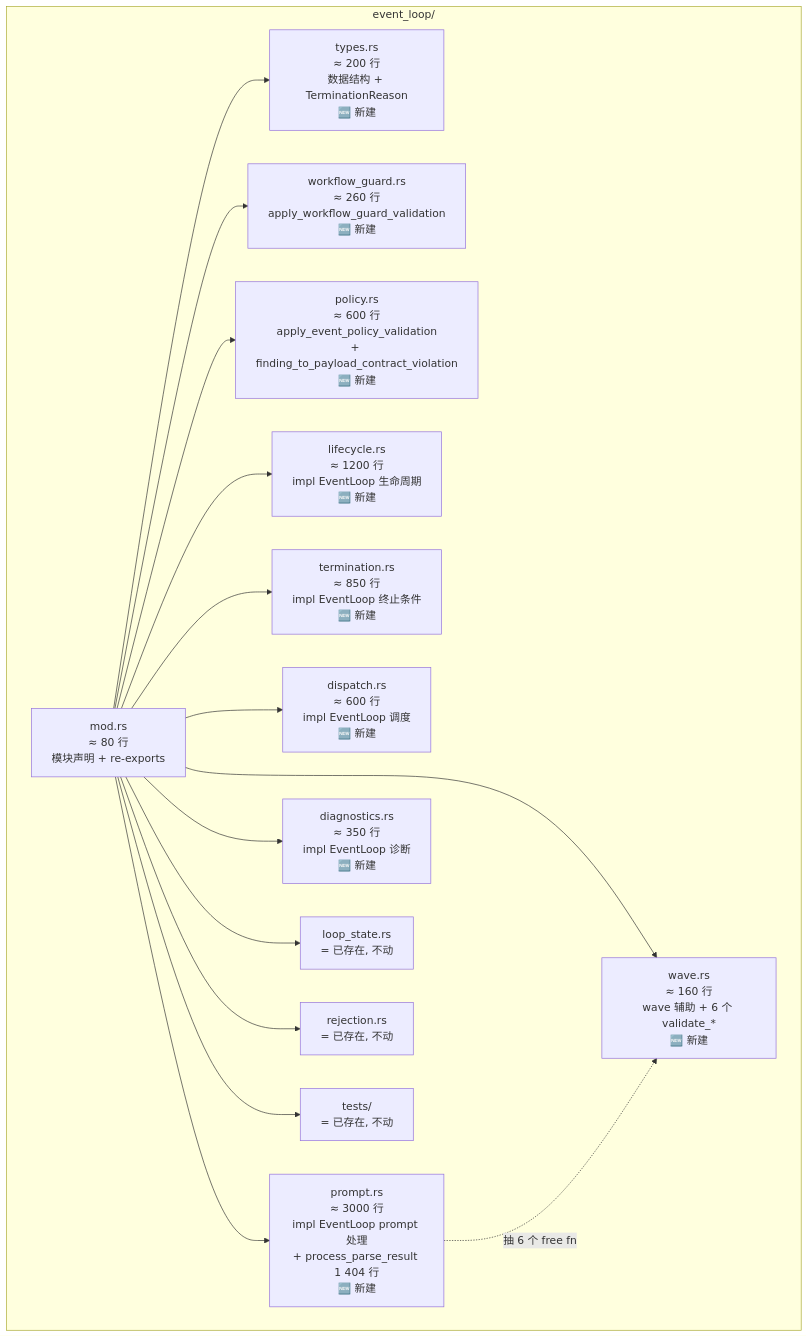
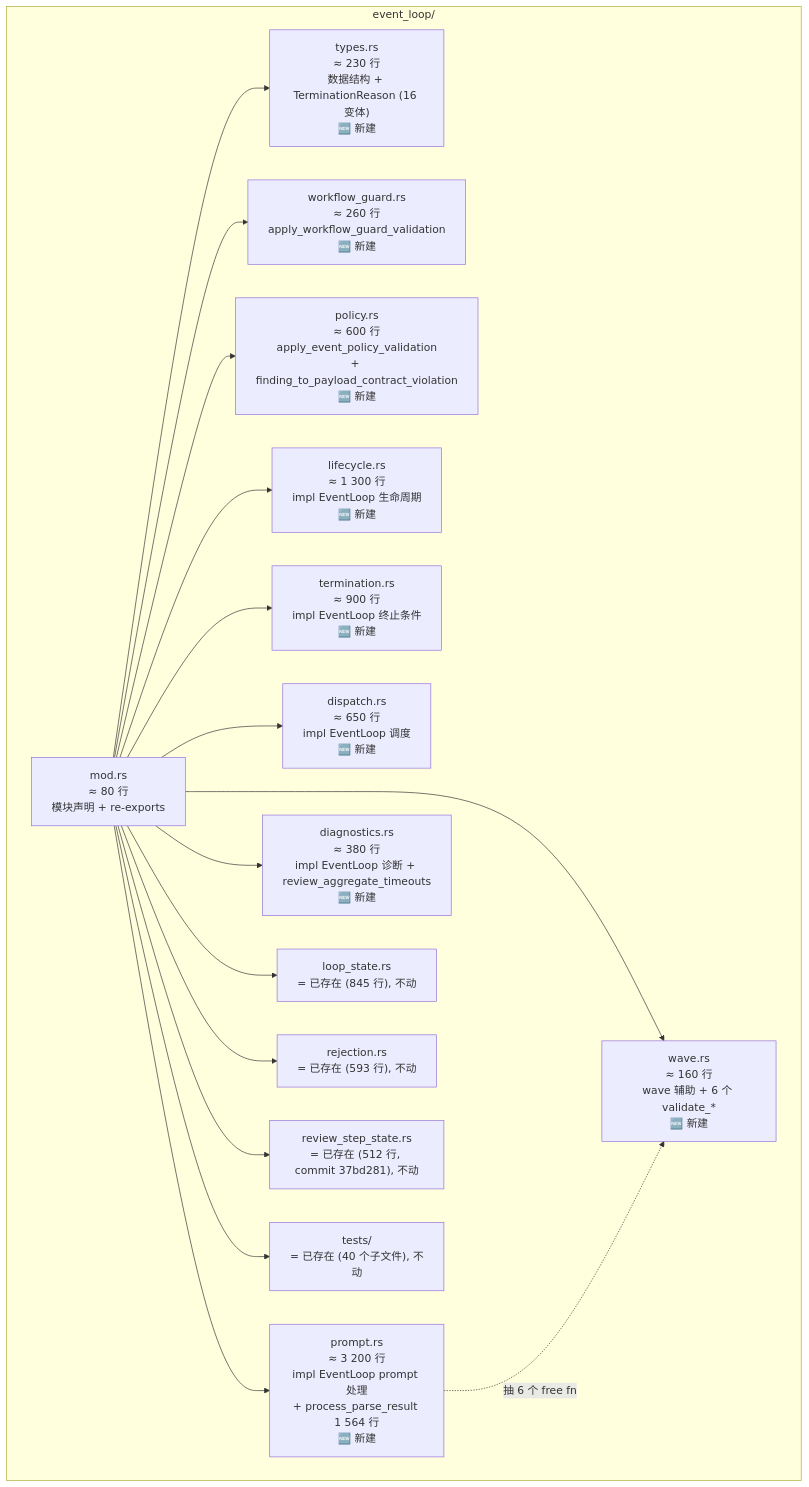
Before and after one commit to pittcat/ralph-orchestrator: the first of 3 diagrams in docs/plans/2026-06-10-003-refactor-event-loop-and-loop-runner-tests-split-plan.md, drawn with Mermaid. The commit also changed other lines of this file, not shown here.

First line of the commit message:
docs(plan): 刷新 event_loop/loop_runner tests 拆分计划基线至 commit 37bd281

````diff
--- a/docs/plans/2026-06-10-003-refactor-event-loop-and-loop-runner-tests-split-plan.md
+++ b/docs/plans/2026-06-10-003-refactor-event-loop-and-loop-runner-tests-split-plan.md
@@ -93,31 +95,33 @@
 ```mermaid
 flowchart TB
   subgraph event_loop["event_loop/"]
     mod_rs["mod.rs<br/>≈ 80 行<br/>模块声明 + re-exports"]
-    types["types.rs<br/>≈ 200 行<br/>数据结构 + TerminationReason<br/>🆕 新建"]
+    types["types.rs<br/>≈ 230 行<br/>数据结构 + TerminationReason (16 变体)<br/>🆕 新建"]
     workflow["workflow_guard.rs<br/>≈ 260 行<br/>apply_workflow_guard_validation<br/>🆕 新建"]
     policy["policy.rs<br/>≈ 600 行<br/>apply_event_policy_validation<br/>+ finding_to_payload_contract_violation<br/>🆕 新建"]
-    lifecycle["lifecycle.rs<br/>≈ 1200 行<br/>impl EventLoop 生命周期<br/>🆕 新建"]
-    termination["termination.rs<br/>≈ 850 行<br/>impl EventLoop 终止条件<br/>🆕 新建"]
-    dispatch["dispatch.rs<br/>≈ 600 行<br/>impl EventLoop 调度<br/>🆕 新建"]
-    prompt["prompt.rs<br/>≈ 3000 行<br/>impl EventLoop prompt 处理<br/>+ process_parse_result 1 404 行<br/>🆕 新建"]
-    diagnostics["diagnostics.rs<br/>≈ 350 行<br/>impl EventLoop 诊断<br/>🆕 新建"]
+    lifecycle["lifecycle.rs<br/>≈ 1 300 行<br/>impl EventLoop 生命周期<br/>🆕 新建"]
+    termination["termination.rs<br/>≈ 900 行<br/>impl EventLoop 终止条件<br/>🆕 新建"]
+    dispatch["dispatch.rs<br/>≈ 650 行<br/>impl EventLoop 调度<br/>🆕 新建"]
+    prompt["prompt.rs<br/>≈ 3 200 行<br/>impl EventLoop prompt 处理<br/>+ process_parse_result 1 564 行<br/>🆕 新建"]
+    diagnostics["diagnostics.rs<br/>≈ 380 行<br/>impl EventLoop 诊断 + review_aggregate_timeouts<br/>🆕 新建"]
     wave["wave.rs<br/>≈ 160 行<br/>wave 辅助 + 6 个 validate_*<br/>🆕 新建"]
-    loop_state["loop_state.rs<br/>= 已存在, 不动"]
-    rejection["rejection.rs<br/>= 已存在, 不动"]
-    tests["tests/<br/>= 已存在, 不动"]
+    loop_state["loop_state.rs<br/>= 已存在 (845 行), 不动"]
+    rejection["rejection.rs<br/>= 已存在 (593 行), 不动"]
+    review_step["review_step_state.rs<br/>= 已存在 (512 行, commit 37bd281), 不动"]
+    tests["tests/<br/>= 已存在 (40 个子文件), 不动"]
   end
   mod_rs --> types
   mod_rs --> workflow
   mod_rs --> policy
   mod_rs --> lifecycle
   mod_rs --> termination
   mod_rs --> dispatch
   mod_rs --> prompt
   mod_rs --> diagnostics
   mod_rs --> wave
   mod_rs --> loop_state
   mod_rs --> rejection
+  mod_rs --> review_step
   mod_rs --> tests
   prompt -.抽 6 个 free fn.-> wave
 ```
````
